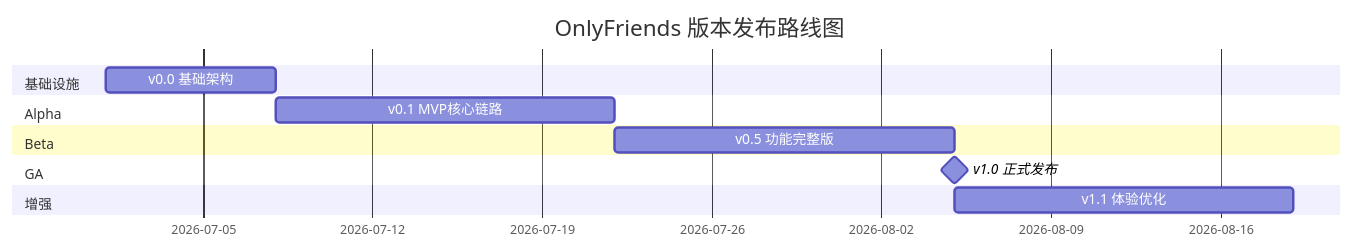
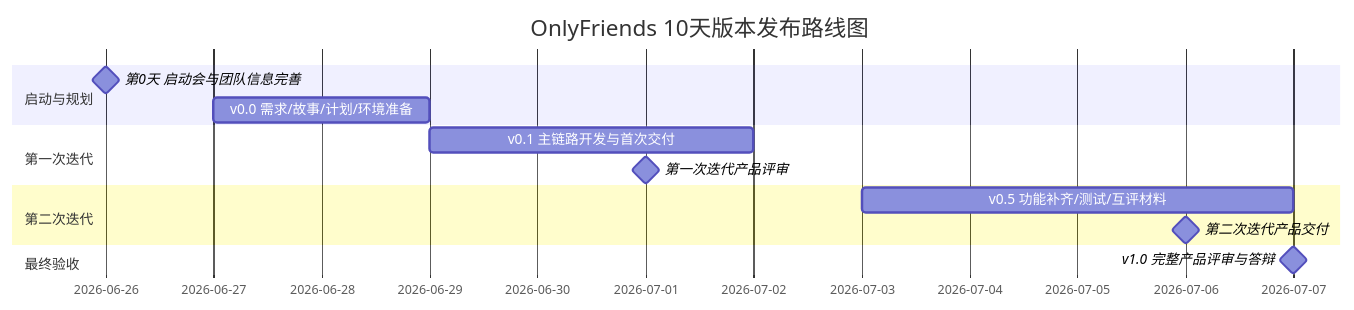
The diagram in backend/docs/release-plan.md (Pi-ne/OnlyFriends), drawn with Mermaid before and after one commit. The commit also changed other lines of this file and 5 other files, not shown here.

````diff
--- a/backend/docs/release-plan.md
+++ b/backend/docs/release-plan.md
@@ -30,15 +31,16 @@
 ```mermaid
 gantt
-    title OnlyFriends 版本发布路线图
+    title OnlyFriends 10天版本发布路线图
     dateFormat  YYYY-MM-DD
-    section 基础设施
-    v0.0 基础架构           :a1, 2026-07-01, 7d
-    section Alpha
-    v0.1 MVP核心链路        :a2, after a1, 14d
-    section Beta
-    v0.5 功能完整版         :a3, after a2, 14d
-    section GA
-    v1.0 正式发布           :milestone, after a3, 0d
-    section 增强
-    v1.1 体验优化           :a4, after a3, 14d
+    section 启动与规划
+    第0天 启动会与团队信息完善        :milestone, 2026-06-26, 0d
+    v0.0 需求/故事/计划/环境准备      :a1, 2026-06-27, 2d
+    section 第一次迭代
+    v0.1 主链路开发与首次交付         :a2, 2026-06-29, 3d
+    第一次迭代产品评审               :milestone, 2026-07-01, 0d
+    section 第二次迭代
+    v0.5 功能补齐/测试/互评材料       :a3, 2026-07-03, 4d
+    第二次迭代产品交付               :milestone, 2026-07-06, 0d
+    section 最终验收
+    v1.0 完整产品评审与答辩           :milestone, 2026-07-07, 0d
 ```
````
